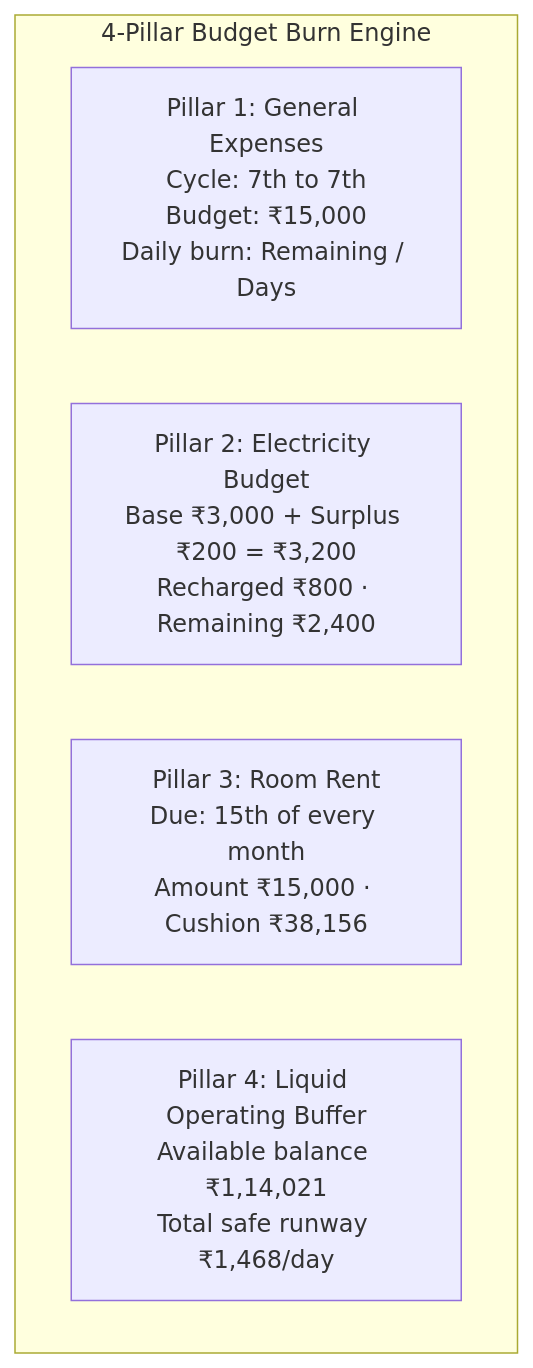
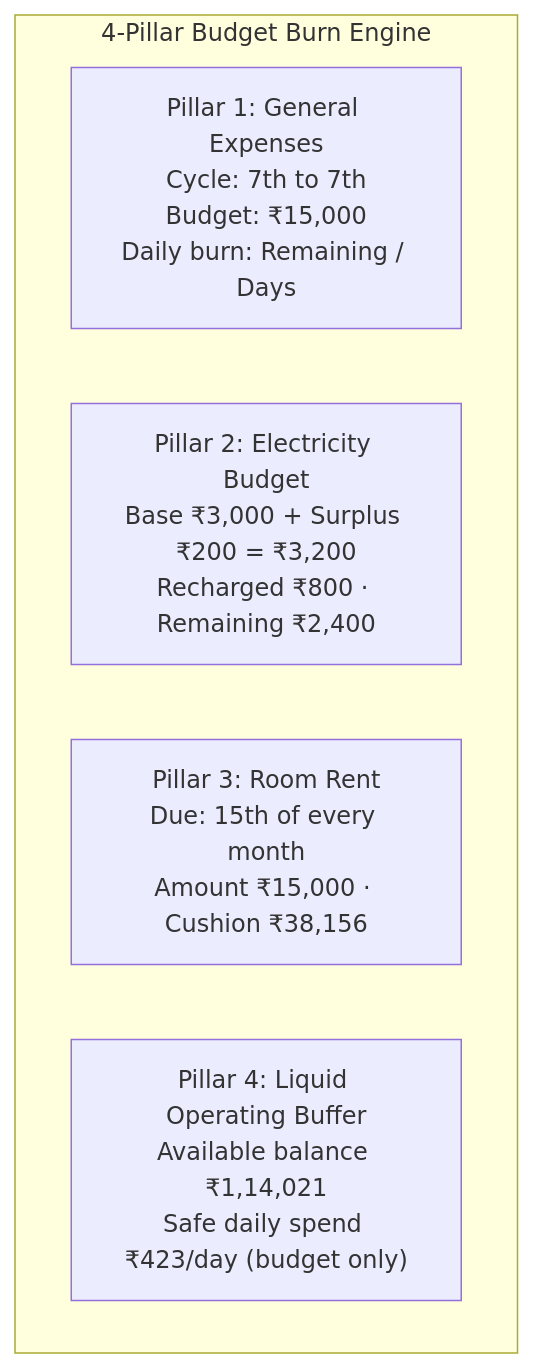
One commit to Priyanshu-Agrawal/finflow-executive changed the third of 5 diagrams in docs/PRODUCT_DOCUMENTATION.md. Above: the diagram before and after it, drawn with Mermaid. The commit also changed other lines of this file and 5 other files, not shown here.

First line of the commit message:
feat(pacing): safe daily spend from the expenses budget, Hard month ceiling

````diff
--- a/docs/PRODUCT_DOCUMENTATION.md
+++ b/docs/PRODUCT_DOCUMENTATION.md
@@ -141,9 +141,9 @@
 ```mermaid
 flowchart TD
     subgraph Pacing_Engine ["4-Pillar Budget Burn Engine"]
         P1["Pillar 1: General Expenses<br/>Cycle: 7th to 7th<br/>Budget: ₹15,000<br/>Daily burn: Remaining / Days"]
         P2["Pillar 2: Electricity Budget<br/>Base ₹3,000 + Surplus ₹200 = ₹3,200<br/>Recharged ₹800 · Remaining ₹2,400"]
         P3["Pillar 3: Room Rent<br/>Due: 15th of every month<br/>Amount ₹15,000 · Cushion ₹38,156"]
-        P4["Pillar 4: Liquid Operating Buffer<br/>Available balance ₹1,14,021<br/>Total safe runway ₹1,468/day"]
+        P4["Pillar 4: Liquid Operating Buffer<br/>Available balance ₹1,14,021<br/>Safe daily spend ₹423/day (budget only)"]
     end
 ```
````
